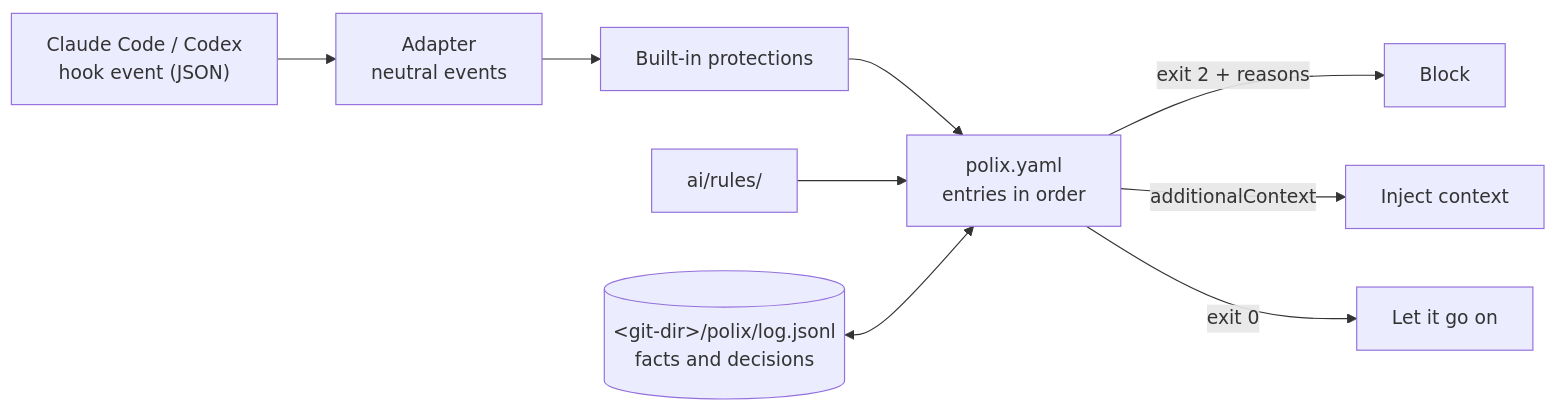
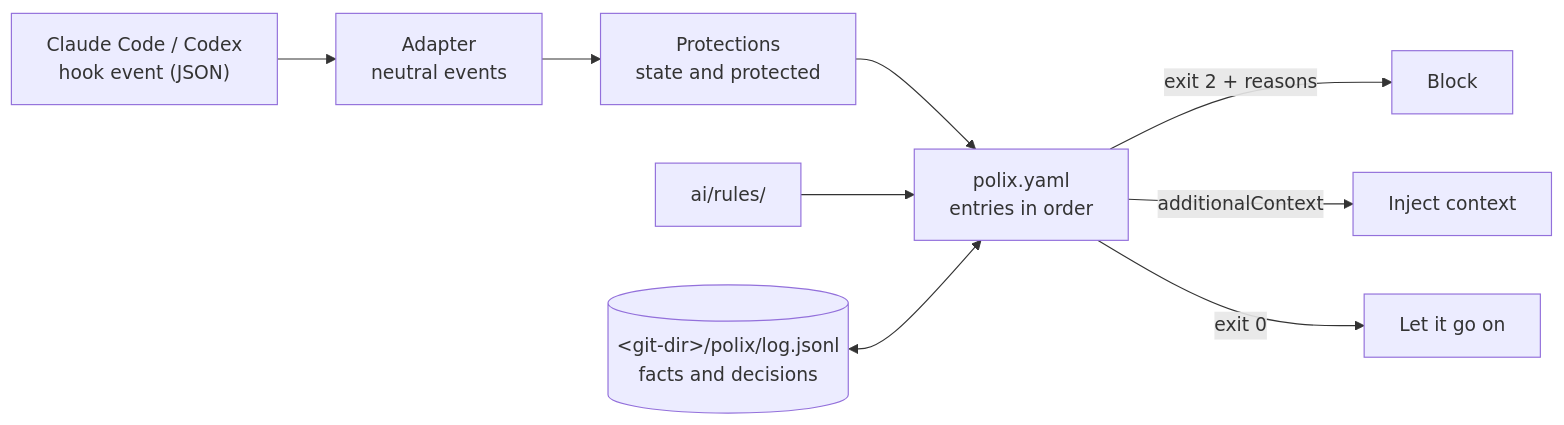
One commit to mlophez/polix-ai changed the diagram in README.md. Above: the diagram before and after it, drawn with Mermaid. The commit also changed other lines of this file and 44 other files, not shown here.

````diff
--- a/README.md
+++ b/README.md
@@ -200,11 +205,11 @@
 ```mermaid
 flowchart LR
   A["Claude Code / Codex<br/>hook event (JSON)"] --> B["Adapter<br/>neutral events"]
-  B --> C["Built-in protections"]
+  B --> C["Protections<br/>state and protected"]
   C --> D["polix.yaml<br/>entries in order"]
   R["ai/rules/"] --> D
   S[("&lt;git-dir&gt;/polix/log.jsonl<br/>facts and decisions")] <--> D
   D -->|exit 2 + reasons| X["Block"]
   D -->|additionalContext| Y["Inject context"]
   D -->|exit 0| Z["Let it go on"]
 ```
````
